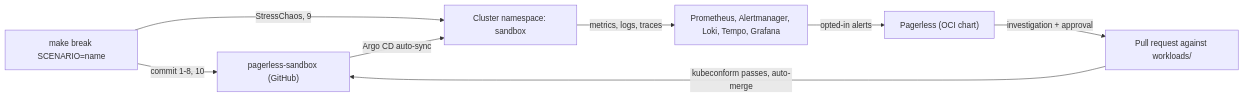
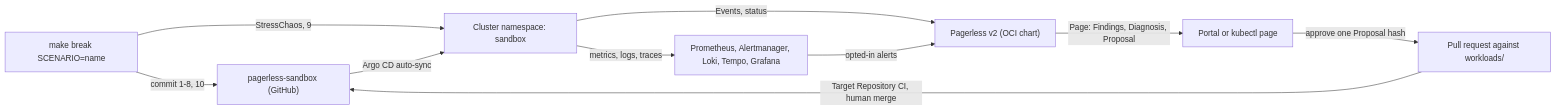
The diagram in README.md (a-hagi613/pagerless-sandbox), drawn with Mermaid before and after one commit. The commit also changed other lines of this file and 42 other files, not shown here.

````diff
--- a/README.md
+++ b/README.md
@@ -9,10 +9,12 @@
 ```mermaid
 flowchart LR
   SCEN["make break SCENARIO=name"] -->|"commit 1-8, 10"| REPO["pagerless-sandbox (GitHub)"]
   SCEN -->|"StressChaos, 9"| K8S["Cluster namespace: sandbox"]
   REPO -->|"Argo CD auto-sync"| K8S
   K8S -->|"metrics, logs, traces"| OBS["Prometheus, Alertmanager, Loki, Tempo, Grafana"]
-  OBS -->|"opted-in alerts"| SRV["Pagerless (OCI chart)"]
-  SRV -->|"investigation + approval"| PR["Pull request against workloads/"]
-  PR -->|"kubeconform passes, auto-merge"| REPO
+  K8S -->|"Events, status"| SRV["Pagerless v2 (OCI chart)"]
+  OBS -->|"opted-in alerts"| SRV
+  SRV -->|"Page: Findings, Diagnosis, Proposal"| DEC["Portal or kubectl page"]
+  DEC -->|"approve one Proposal hash"| PR["Pull request against workloads/"]
+  PR -->|"Target Repository CI, human merge"| REPO
 ```
````
